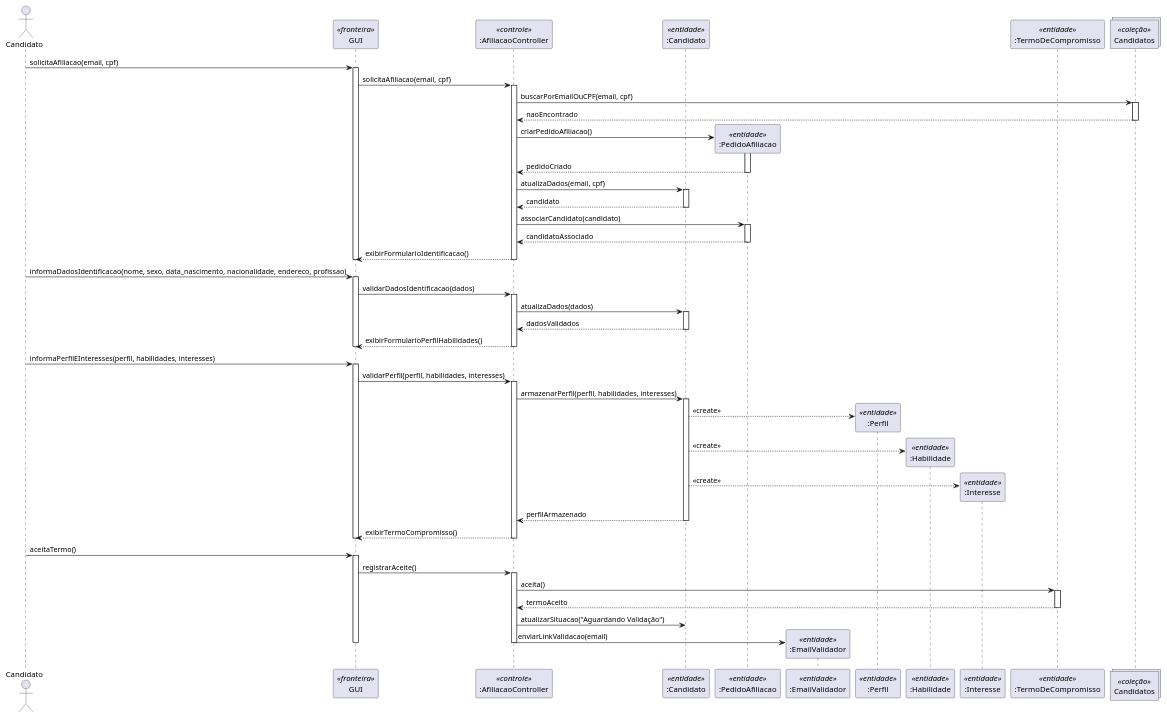
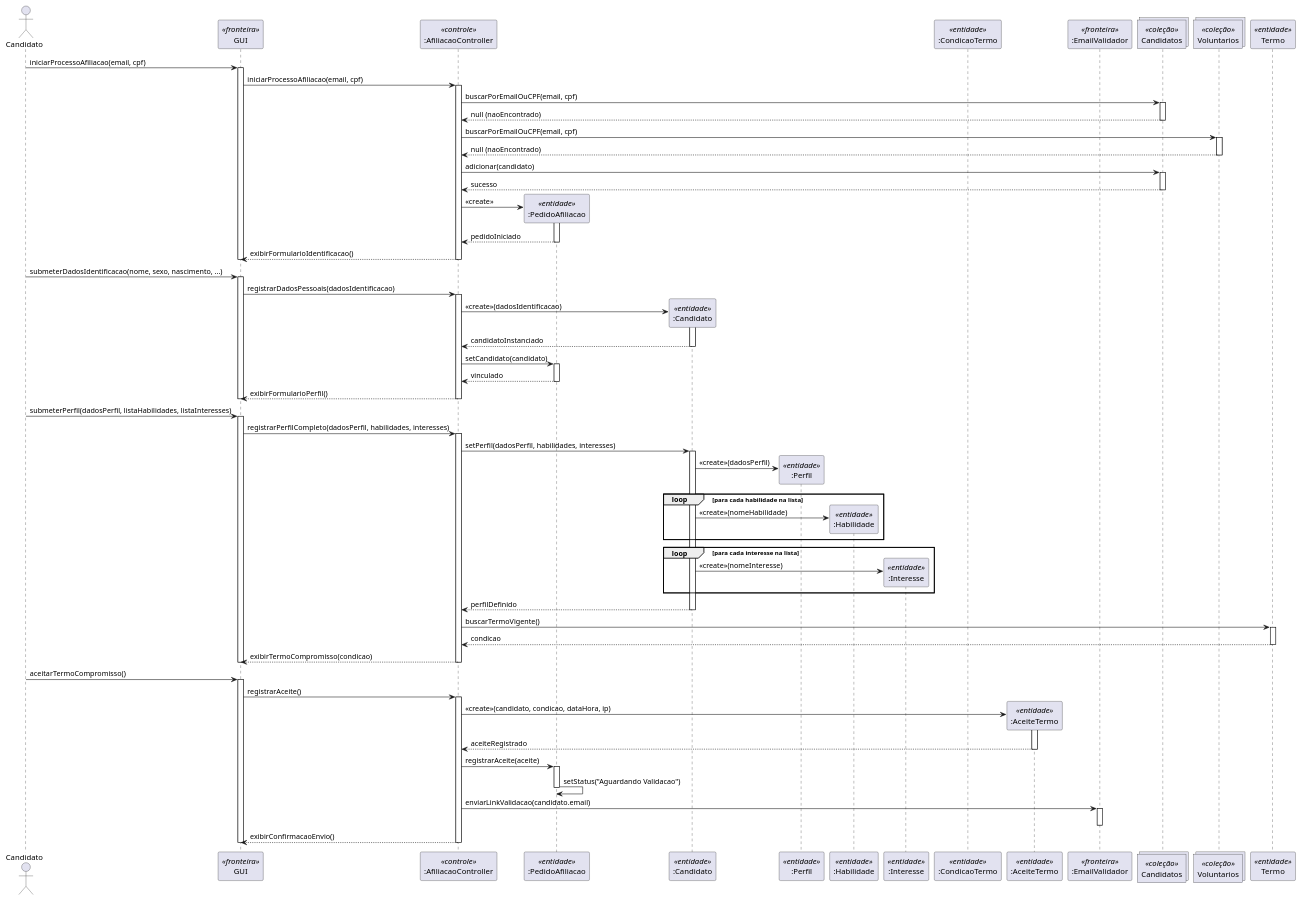
The diagram in docs/diagrama-sequencia/uc002/fluxo-principal.puml (guisgiacomini/redeMaisSocialProjetoSoftware), drawn with PlantUML before and after one commit.

```diff
--- a/docs/diagrama-sequencia/uc002/fluxo-principal.puml
+++ b/docs/diagrama-sequencia/uc002/fluxo-principal.puml
@@ -2,94 +2,130 @@
 @startuml
 actor "Candidato" as ator
 participant "GUI" as gui <<fronteira>>
 participant ":AfiliacaoController" as controller <<controle>>
+participant ":PedidoAfiliacao" as pedido <<entidade>>
 participant ":Candidato" as candidato <<entidade>>
-participant ":PedidoAfiliacao" as pedido <<entidade>>
-participant ":EmailValidador" as emailValidador <<entidade>>
+
+' Detalhamento do Perfil
 participant ":Perfil" as perfil <<entidade>>
 participant ":Habilidade" as habilidade <<entidade>>
 participant ":Interesse" as interesse <<entidade>>
-participant ":TermoDeCompromisso" as termo <<entidade>>
+
+participant ":CondicaoTermo" as condicao <<entidade>>
+participant ":AceiteTermo" as aceite <<entidade>>
+participant ":EmailValidador" as emailValidador <<fronteira>> 
 
 collections "Candidatos" as collectionCandidato <<coleção>>
+collections "Voluntarios" as collectionVoluntario <<coleção>>
+participant "Termo" as collectionTermos <<entidade>>
 
-' --- Solicitação de afiliação ---
-ator -> gui: solicitaAfiliacao(email, cpf)
+' --- 1. Início do Processo ---
+ator -> gui: iniciarProcessoAfiliacao(email, cpf)
 activate gui
-gui -> controller: solicitaAfiliacao(email, cpf)
+gui -> controller: iniciarProcessoAfiliacao(email, cpf)
 activate controller
 
 controller -> collectionCandidato: buscarPorEmailOuCPF(email, cpf)
 activate collectionCandidato
-collectionCandidato --> controller: naoEncontrado
+collectionCandidato --> controller: null (naoEncontrado)
 deactivate collectionCandidato
 
-controller -> pedido **: criarPedidoAfiliacao()
+controller -> collectionVoluntario: buscarPorEmailOuCPF(email, cpf)
+activate collectionVoluntario
+collectionVoluntario --> controller: null (naoEncontrado)
+deactivate collectionVoluntario
+
+controller -> collectionCandidato: adicionar(candidato)
+activate collectionCandidato
+collectionCandidato --> controller: sucesso
+deactivate collectionCandidato
+
+controller -> pedido **: <<create>>
 activate pedido
-pedido --> controller: pedidoCriado
-deactivate pedido
-
-controller -> candidato: atualizaDados(email, cpf)
-activate candidato
-candidato --> controller: candidato
-deactivate candidato
-
-controller -> pedido: associarCandidato(candidato)
-activate pedido
-pedido --> controller: candidatoAssociado
+pedido --> controller: pedidoIniciado
 deactivate pedido
 
 controller --> gui: exibirFormularioIdentificacao()
 deactivate controller
 deactivate gui
 
-' --- Preenchimento e validação dos dados ---
-ator -> gui: informaDadosIdentificacao(nome, sexo, data_nascimento, nacionalidade, endereco, profissao)
+' --- 2. Dados Pessoais e Criação do Candidato ---
+ator -> gui: submeterDadosIdentificacao(nome, sexo, nascimento, ...)
 activate gui
-gui -> controller: validarDadosIdentificacao(dados)
+gui -> controller: registrarDadosPessoais(dadosIdentificacao)
 activate controller
 
-controller -> candidato: atualizaDados(dados)
+controller -> candidato ** : <<create>>(dadosIdentificacao)
 activate candidato
-candidato --> controller: dadosValidados
+candidato --> controller: candidatoInstanciado
 deactivate candidato
 
-controller --> gui: exibirFormularioPerfilHabilidades()
+controller -> pedido: setCandidato(candidato)
+activate pedido
+pedido --> controller: vinculado
+deactivate pedido
+
+controller --> gui: exibirFormularioPerfil()
 deactivate controller
 deactivate gui
 
-' --- Preenchimento do perfil ---
-ator -> gui: informaPerfilEInteresses(perfil, habilidades, interesses)
+' --- 3. Definição de Perfil, Habilidades e Interesses ---
+ator -> gui: submeterPerfil(dadosPerfil, listaHabilidades, listaInteresses)
 activate gui
-gui -> controller: validarPerfil(perfil, habilidades, interesses)
+gui -> controller: registrarPerfilCompleto(dadosPerfil, habilidades, interesses)
 activate controller
 
-controller -> candidato: armazenarPerfil(perfil, habilidades, interesses)
+controller -> candidato: setPerfil(dadosPerfil, habilidades, interesses)
 activate candidato
-candidato --> perfil ** : <<create>>
-candidato --> habilidade ** : <<create>>
-candidato --> interesse ** : <<create>>
-candidato --> controller: perfilArmazenado
+
+' 3.1 Cria o objeto Perfil principal
+candidato -> perfil ** : <<create>>(dadosPerfil)
+
+' 3.2 Loop para criar cada Habilidade da lista
+loop para cada habilidade na lista
+    candidato -> habilidade ** : <<create>>(nomeHabilidade)
+end
+
+' 3.3 Loop para criar cada Interesse da lista
+loop para cada interesse na lista
+    candidato -> interesse ** : <<create>>(nomeInteresse)
+end
+
+candidato --> controller: perfilDefinido
 deactivate candidato
 
-controller --> gui: exibirTermoCompromisso()
+' --- 4. Preparação do Termo ---
+controller -> collectionTermos: buscarTermoVigente()
+activate collectionTermos
+collectionTermos --> controller: condicao
+deactivate collectionTermos
+
+controller --> gui: exibirTermoCompromisso(condicao)
 deactivate controller
 deactivate gui
 
-' --- Aceite do termo ---
-ator -> gui: aceitaTermo()
+' --- 5. Aceite e Finalização ---
+ator -> gui: aceitarTermoCompromisso()
 activate gui
 gui -> controller: registrarAceite()
 activate controller
 
-controller -> termo: aceita()
-activate termo
-termo --> controller: termoAceito
-deactivate termo
+controller -> aceite **: <<create>>(candidato, condicao, dataHora, ip)
+activate aceite
+aceite --> controller: aceiteRegistrado
+deactivate aceite
 
-controller -> candidato: atualizarSituacao("Aguardando Validação")
-controller -> emailValidador **: enviarLinkValidacao(email)
+controller -> pedido: registrarAceite(aceite)
+activate pedido
+pedido -> pedido: setStatus("Aguardando Validacao")
+deactivate pedido
+
+controller -> emailValidador: enviarLinkValidacao(candidato.email)
+activate emailValidador
+deactivate emailValidador
+
+controller --> gui: exibirConfirmacaoEnvio()
 deactivate controller
 deactivate gui
 
 @enduml
```
